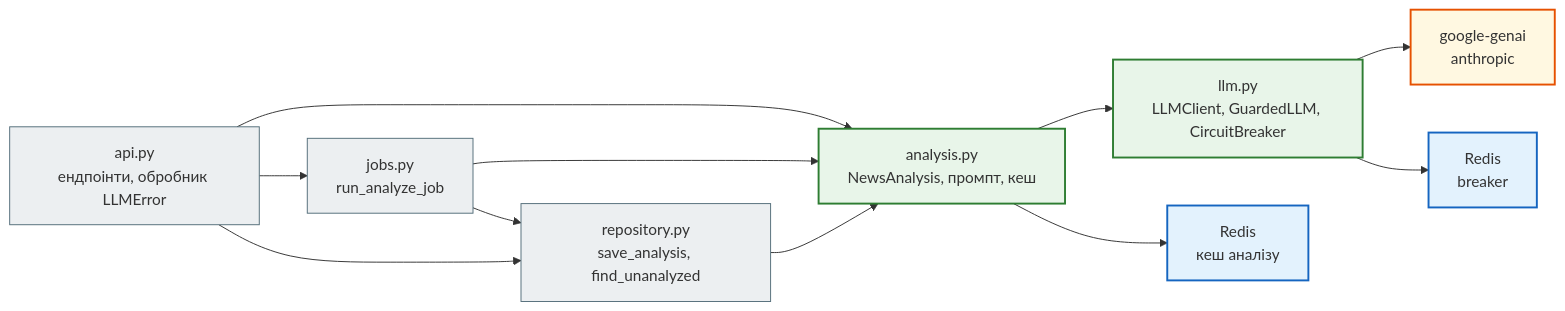
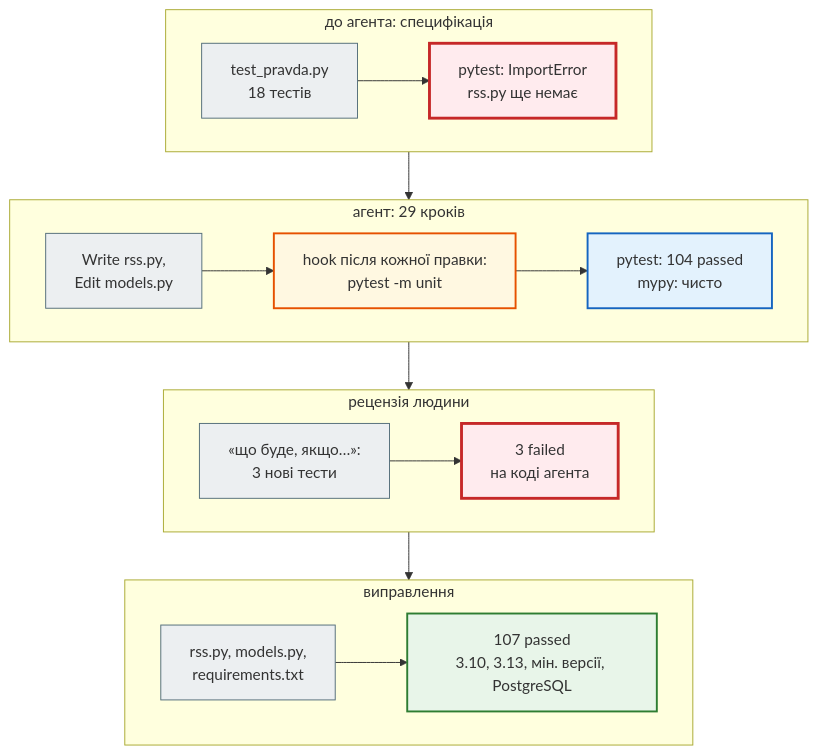
The second of 3 diagrams in docs/modules/m4/lesson_43.md (AlinaRadchenko/PY-Course-Victor-Nikoriak-22-09-2026), drawn with Mermaid before and after one commit. The commit also changed other lines of this file and 1846 other files, not shown here.

````diff
--- a/docs/modules/m4/lesson_43.md
+++ b/docs/modules/m4/lesson_43.md
@@ -852,24 +289,33 @@
 ```mermaid
-graph LR
+flowchart TD
     classDef step     fill:#eceff1,stroke:#546e7a,stroke-width:1px;
     classDef decision fill:#e3f2fd,stroke:#1565c0,stroke-width:2px;
     classDef success  fill:#e8f5e9,stroke:#2e7d32,stroke-width:2px;
     classDef error    fill:#ffebee,stroke:#c62828,stroke-width:3px;
     classDef warning  fill:#fff8e1,stroke:#e65100,stroke-width:2px;
 
-    API["api.py<br>ендпоінти, обробник LLMError"] --> AN["analysis.py<br>NewsAnalysis, промпт, кеш"]
-    JOBS["jobs.py<br>run_analyze_job"] --> AN
-    API --> JOBS
-    AN --> LLM["llm.py<br>LLMClient, GuardedLLM, CircuitBreaker"]
-    API --> REPO["repository.py<br>save_analysis, find_unanalyzed"]
-    JOBS --> REPO
-    REPO --> AN
-    LLM --> SDK["google-genai<br>anthropic"]
-    LLM --> RD["Redis<br>breaker"]
-    AN --> RD2["Redis<br>кеш аналізу"]
+    subgraph S1["до агента: специфікація"]
+        direction LR
+        A1["test_pravda.py<br>18 тестів"] --> A2["pytest: ImportError<br>rss.py ще немає"]
+    end
+    subgraph S2["агент: 29 кроків"]
+        direction LR
+        B1["Write rss.py,<br>Edit models.py"] --> B2["hook після кожної правки:<br>pytest -m unit"]
+        B2 --> B3["pytest: 104 passed<br>mypy: чисто"]
+    end
+    subgraph S3["рецензія людини"]
+        direction LR
+        R1["«що буде, якщо…»:<br>3 нові тести"] --> R2["3 failed<br>на коді агента"]
+    end
+    subgraph S4["виправлення"]
+        direction LR
+        F1["rss.py, models.py,<br>requirements.txt"] --> F2["107 passed<br>3.10, 3.13, мін. версії, PostgreSQL"]
+    end
+    S1 --> S2 --> S3 --> S4
 
-    class API,JOBS,REPO step
-    class AN,LLM success
-    class SDK warning
-    class RD,RD2 decision
+    class A1,B1,R1,F1 step
+    class A2,R2 error
+    class B2 warning
+    class B3 decision
+    class F2 success
 ```
````
